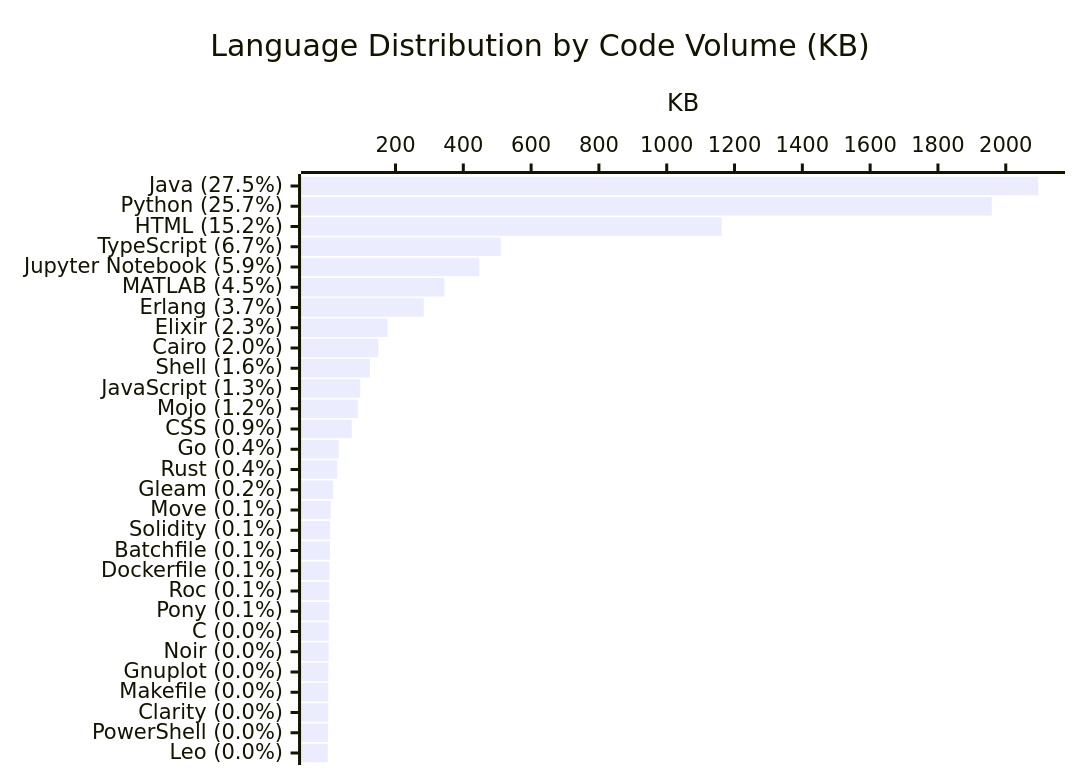
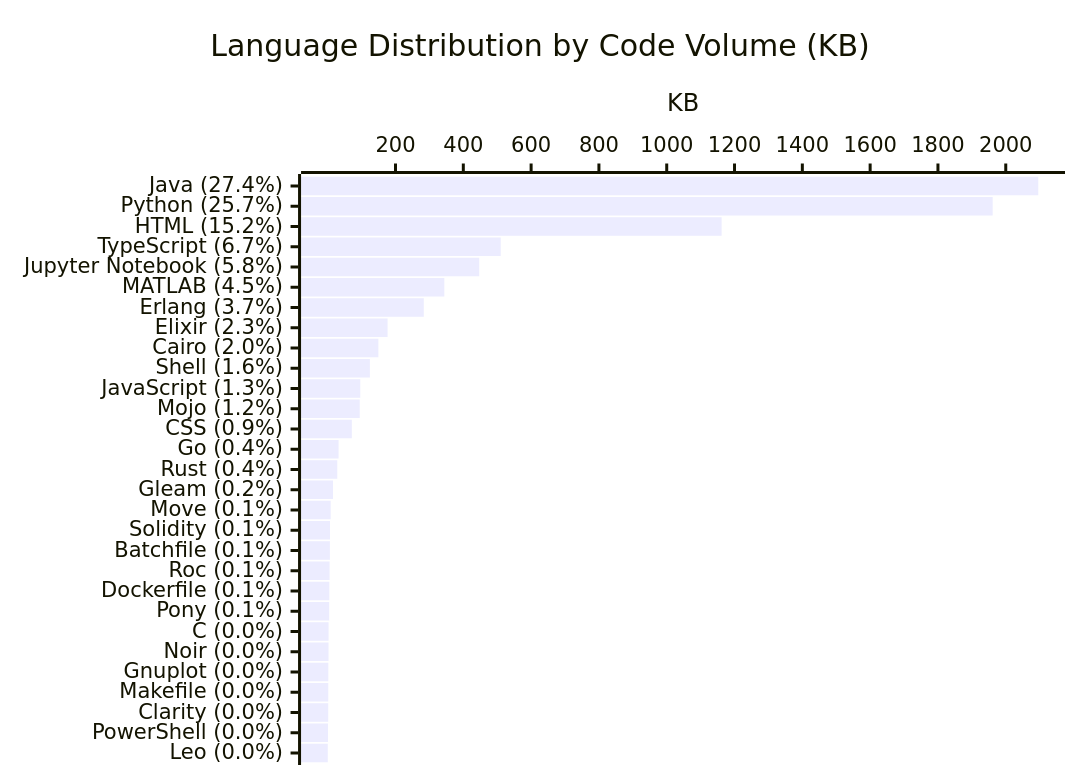
The diagram in profile/README.md (KathiraveluLab/.github), drawn with Mermaid before and after one commit. The commit also changed other lines of this file and 1 other file, not shown here.

````diff
--- a/profile/README.md
+++ b/profile/README.md
@@ -68,7 +68,7 @@
 ```mermaid
 xychart-beta horizontal
     title "Language Distribution by Code Volume (KB)"
-    x-axis ["Java (27.5%)", "Python (25.7%)", "HTML (15.2%)", "TypeScript (6.7%)", "Jupyter Notebook (5.9%)", "MATLAB (4.5%)", "Erlang (3.7%)", "Elixir (2.3%)", "Cairo (2.0%)", "Shell (1.6%)", "JavaScript (1.3%)", "Mojo (1.2%)", "CSS (0.9%)", "Go (0.4%)", "Rust (0.4%)", "Gleam (0.2%)", "Move (0.1%)", "Solidity (0.1%)", "Batchfile (0.1%)", "Dockerfile (0.1%)", "Roc (0.1%)", "Pony (0.1%)", "C (0.0%)", "Noir (0.0%)", "Gnuplot (0.0%)", "Makefile (0.0%)", "Clarity (0.0%)", "PowerShell (0.0%)", "Leo (0.0%)"]
+    x-axis ["Java (27.4%)", "Python (25.7%)", "HTML (15.2%)", "TypeScript (6.7%)", "Jupyter Notebook (5.8%)", "MATLAB (4.5%)", "Erlang (3.7%)", "Elixir (2.3%)", "Cairo (2.0%)", "Shell (1.6%)", "JavaScript (1.3%)", "Mojo (1.2%)", "CSS (0.9%)", "Go (0.4%)", "Rust (0.4%)", "Gleam (0.2%)", "Move (0.1%)", "Solidity (0.1%)", "Batchfile (0.1%)", "Roc (0.1%)", "Dockerfile (0.1%)", "Pony (0.1%)", "C (0.0%)", "Noir (0.0%)", "Gnuplot (0.0%)", "Makefile (0.0%)", "Clarity (0.0%)", "PowerShell (0.0%)", "Leo (0.0%)"]
     y-axis "KB"
-    bar [2095.91, 1958.88, 1161.96, 510.29, 446.91, 343.93, 283.41, 176.6, 149.42, 124.34, 96.07, 89.29, 71.2, 32.03, 28.25, 15.66, 8.83, 6.65, 6.48, 4.76, 4.5, 4.41, 2.58, 2.46, 1.82, 1.71, 1.53, 1.02, 0.26]
+    bar [2095.91, 1961.34, 1161.96, 510.29, 446.91, 343.93, 283.41, 176.6, 149.42, 124.34, 96.07, 94.5, 71.2, 32.03, 28.25, 15.66, 8.83, 6.65, 6.48, 5.51, 4.76, 4.41, 2.58, 2.46, 1.82, 1.71, 1.53, 1.02, 0.26]
 ```
````
